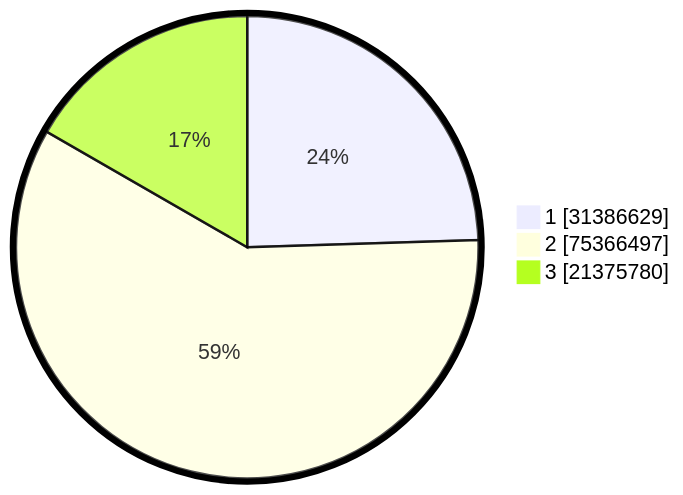
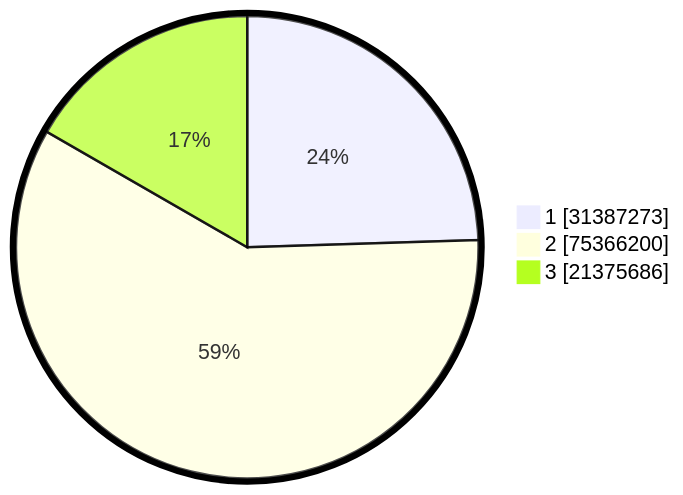
One commit to gigit-pemilu/pemilu-2024 changed the second of 2 diagrams in pilpres/hitung-suara/README.md. Above: the diagram before and after it, drawn with Mermaid. The commit also changed other lines of this file and 12 other files, not shown here.

````diff
--- a/pilpres/hitung-suara/README.md
+++ b/pilpres/hitung-suara/README.md
@@ -93,7 +93,7 @@
 ```mermaid
 %%{init: {"pie": {"textPosition": 0.5}, "themeVariables": {"pieOuterStrokeWidth": "5px"}} }%%
 pie showData
-    "1" : 31386629
-    "2" : 75366497
-    "3" : 21375780
+    "1" : 31387273
+    "2" : 75366200
+    "3" : 21375686
 ```
````
